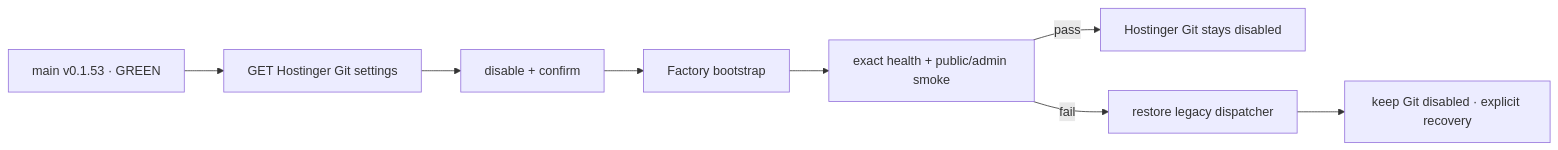
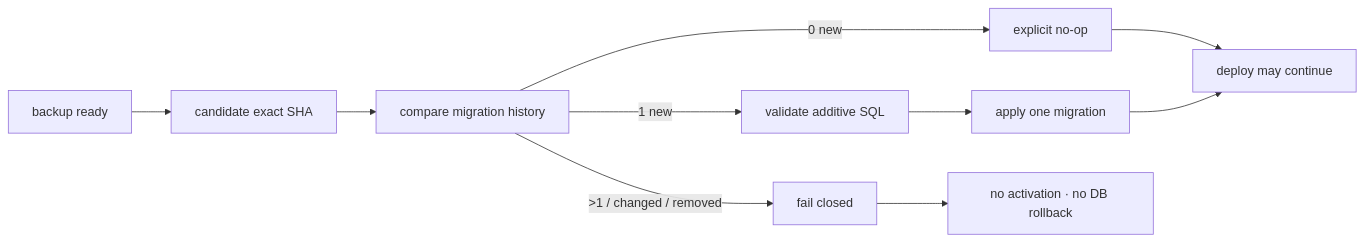
The diagram in README.md (pl0n3r/brvtal), drawn with Mermaid before and after one commit. The commit also changed other lines of this file and 11 other files, not shown here.

First line of the commit message:
feat(factory): deterministic additive migration selection (v0.1.54) (#675)

````diff
--- a/README.md
+++ b/README.md
@@ -54,10 +54,12 @@
 ```mermaid
 flowchart LR
-  B["main v0.1.53 · GREEN"] --> G["GET Hostinger Git settings"]
-  G --> D["disable + confirm"]
-  D --> C["Factory bootstrap"]
-  C --> V["exact health + public/admin smoke"]
-  V -->|pass| F["Hostinger Git stays disabled"]
-  V -->|fail| R["restore legacy dispatcher"]
-  R --> A["keep Git disabled · explicit recovery"]
+  B["backup ready"] --> C["candidate exact SHA"]
+  C --> P["compare migration history"]
+  P -->|0 new| N["explicit no-op"]
+  P -->|1 new| S["validate additive SQL"]
+  P -->|>1 / changed / removed| F["fail closed"]
+  S --> M["apply one migration"]
+  N --> D["deploy may continue"]
+  M --> D
+  F --> X["no activation · no DB rollback"]
 ```
````
